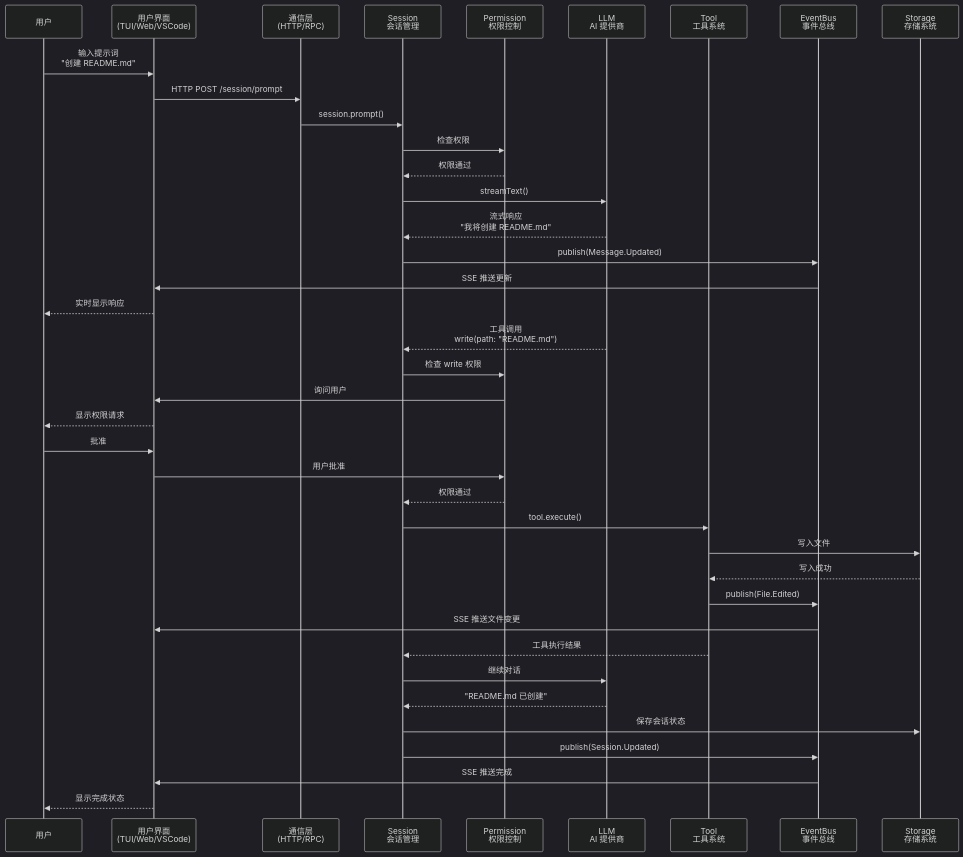
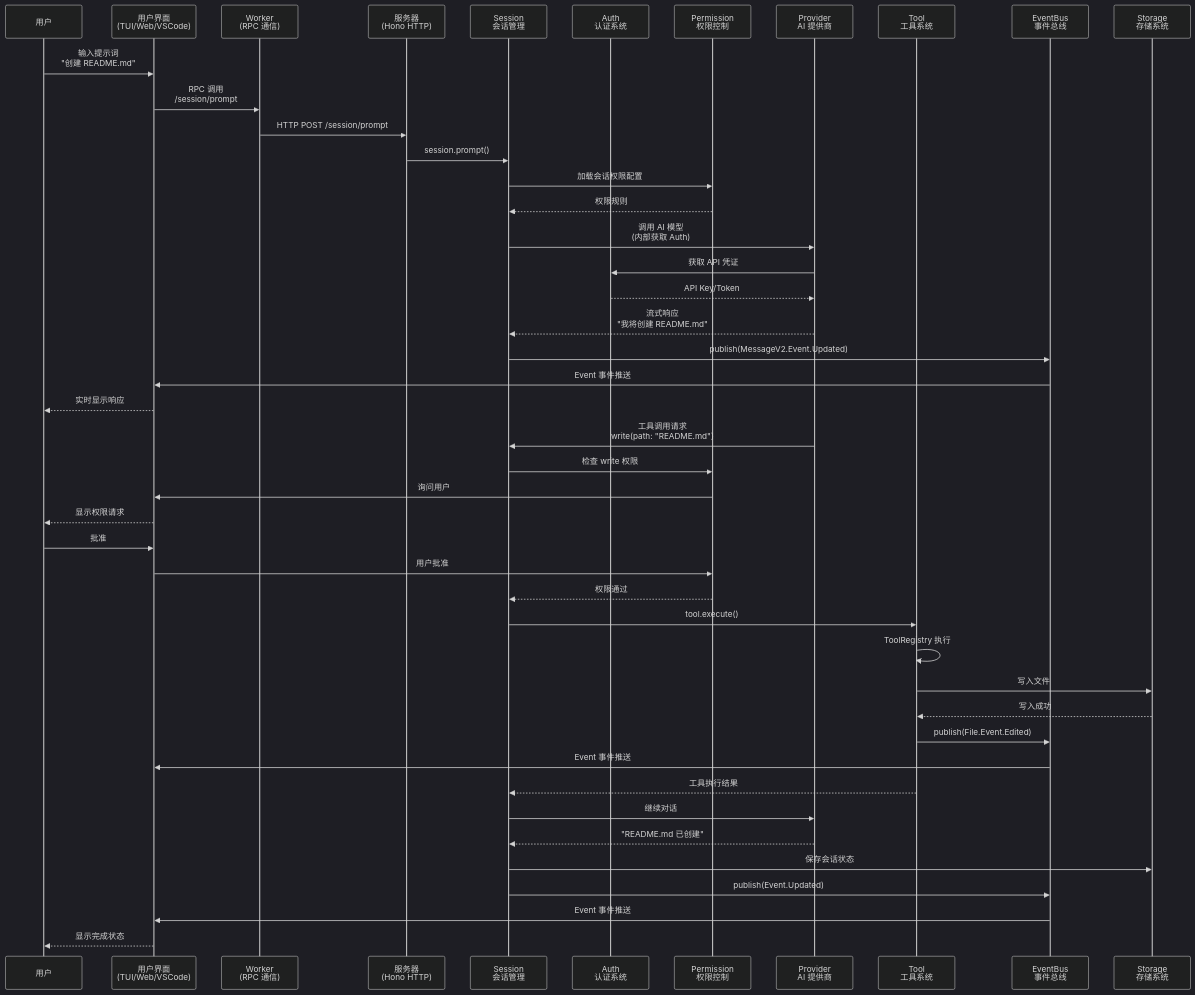
The second of 4 diagrams in docs/book/chapters/01-foundation/00-architecture.md (HelloGGX/opencode), drawn with Mermaid (dark theme) before and after one commit. The commit also changed other lines of this file, not shown here.

````diff
--- a/docs/book/chapters/01-foundation/00-architecture.md
+++ b/docs/book/chapters/01-foundation/00-architecture.md
@@ -661,47 +661,53 @@
 ```mermaid
 sequenceDiagram
     participant User as 用户
     participant UI as 用户界面<br/>(TUI/Web/VSCode)
-    participant Comm as 通信层<br/>(HTTP/RPC)
+    participant Worker as Worker<br/>(RPC 通信)
+    participant Server as 服务器<br/>(Hono HTTP)
     participant Session as Session<br/>会话管理
+    participant Auth as Auth<br/>认证系统
     participant Permission as Permission<br/>权限控制
-    participant LLM as LLM<br/>AI 提供商
+    participant Provider as Provider<br/>AI 提供商
     participant Tool as Tool<br/>工具系统
     participant Bus as EventBus<br/>事件总线
     participant Storage as Storage<br/>存储系统
     
     User->>UI: 输入提示词<br/>"创建 README.md"
-    UI->>Comm: HTTP POST /session/prompt
-    Comm->>Session: session.prompt()
+    UI->>Worker: RPC 调用<br/>/session/prompt
+    Worker->>Server: HTTP POST /session/prompt
+    Server->>Session: session.prompt()
     
-    Session->>Permission: 检查权限
-    Permission-->>Session: 权限通过
+    Session->>Permission: 加载会话权限配置
+    Permission-->>Session: 权限规则
     
-    Session->>LLM: streamText()
-    LLM-->>Session: 流式响应<br/>"我将创建 README.md"
-    Session->>Bus: publish(Message.Updated)
-    Bus->>UI: SSE 推送更新
+    Session->>Provider: 调用 AI 模型<br/>(内部获取 Auth)
+    Provider->>Auth: 获取 API 凭证
+    Auth-->>Provider: API Key/Token
+    Provider-->>Session: 流式响应<br/>"我将创建 README.md"
+    Session->>Bus: publish(MessageV2.Event.Updated)
+    Bus->>UI: Event 事件推送
     UI-->>User: 实时显示响应
     
-    LLM-->>Session: 工具调用<br/>write(path: "README.md")
+    Provider->>Session: 工具调用请求<br/>write(path: "README.md")
     Session->>Permission: 检查 write 权限
     Permission->>UI: 询问用户
     UI-->>User: 显示权限请求
     User->>UI: 批准
     UI->>Permission: 用户批准
     Permission-->>Session: 权限通过
     
     Session->>Tool: tool.execute()
+    Tool->>Tool: ToolRegistry 执行
     Tool->>Storage: 写入文件
     Storage-->>Tool: 写入成功
-    Tool->>Bus: publish(File.Edited)
-    Bus->>UI: SSE 推送文件变更
+    Tool->>Bus: publish(File.Event.Edited)
+    Bus->>UI: Event 事件推送
     Tool-->>Session: 工具执行结果
     
-    Session->>LLM: 继续对话
-    LLM-->>Session: "README.md 已创建"
+    Session->>Provider: 继续对话
+    Provider-->>Session: "README.md 已创建"
     Session->>Storage: 保存会话状态
-    Session->>Bus: publish(Session.Updated)
-    Bus->>UI: SSE 推送完成
+    Session->>Bus: publish(Event.Updated)
+    Bus->>UI: Event 事件推送
     UI-->>User: 显示完成状态
 ```
````
